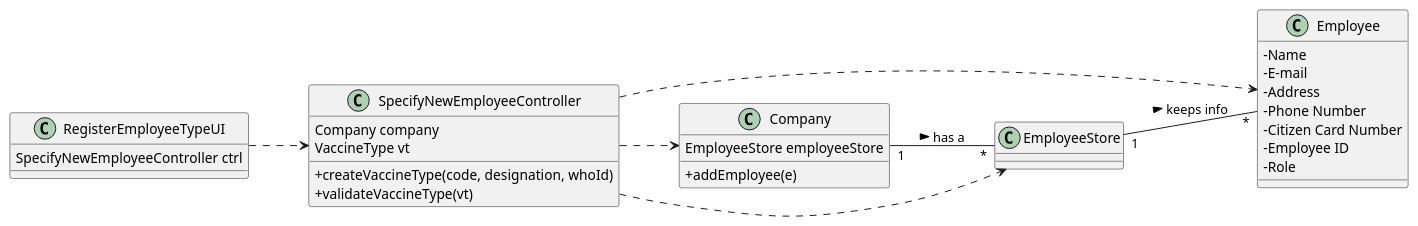
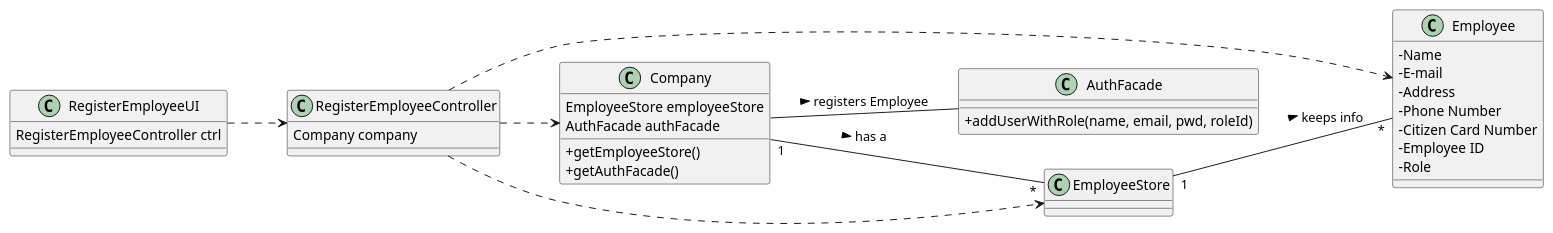
The diagram in docs/SprintD/US/US10/US010_CD.puml (PedroMesquita1211171/VaccinationManager), drawn with PlantUML before and after one commit. The commit also changed 9 other files, not shown here.

```diff
--- a/docs/SprintD/US/US10/US010_CD.puml
+++ b/docs/SprintD/US/US10/US010_CD.puml
@@ -1,42 +1,49 @@
 @startuml
 skinparam classAttributeIconSize 0
 left to right direction
 
-class RegisterEmployeeTypeUI{
-SpecifyNewEmployeeController ctrl
+class RegisterEmployeeUI{
+RegisterEmployeeController ctrl
 }
 
-class SpecifyNewEmployeeController{
+class RegisterEmployeeController{
 Company company
-VaccineType vt
-+createVaccineType(code, designation, whoId)
-+validateVaccineType(vt)
+
 }
 
 class Employee{
    -Name
    -E-mail
-   - Address
-   - Phone Number
-   - Citizen Card Number
-   - Employee ID
-   - Role
+   -Address
+   -Phone Number
+   -Citizen Card Number
+   -Employee ID
+   -Role
 }
 
 class Company{
 EmployeeStore employeeStore
-+addEmployee(e)
+AuthFacade authFacade
++getEmployeeStore()
++getAuthFacade()
 }
 
-class EmployeeStore{}
+class AuthFacade{
+ +addUserWithRole(name, email, pwd, roleId)
+}
 
-RegisterEmployeeTypeUI ..> SpecifyNewEmployeeController
+class EmployeeStore{
+
+}
+
+RegisterEmployeeUI ..> RegisterEmployeeController
 Company "1"--"*" EmployeeStore : has a >
 EmployeeStore "1"--"*"Employee : keeps info >
-SpecifyNewEmployeeController ..> Company
-SpecifyNewEmployeeController ..> EmployeeStore
-SpecifyNewEmployeeController ..> Employee
+RegisterEmployeeController ..> Company
+RegisterEmployeeController ..> EmployeeStore
+RegisterEmployeeController ..> Employee
+Company -- AuthFacade : registers Employee >
 
 
 
 @enduml
```
